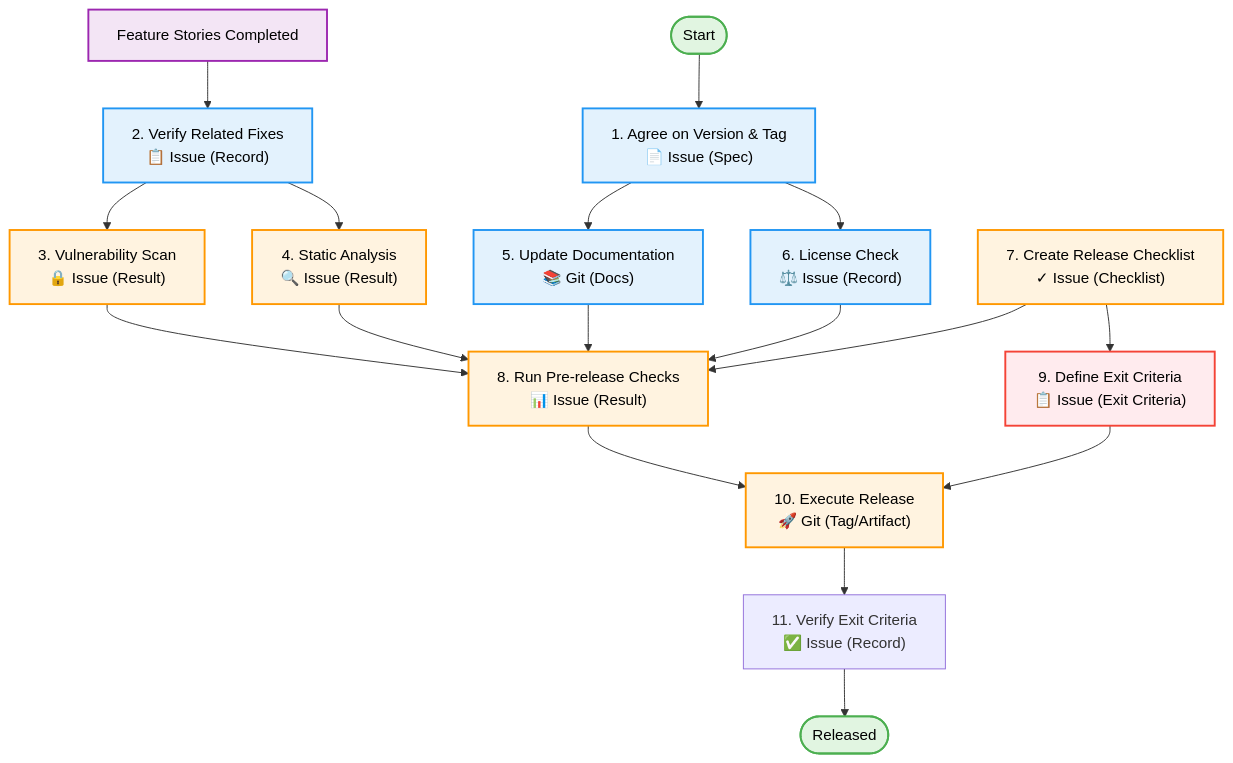
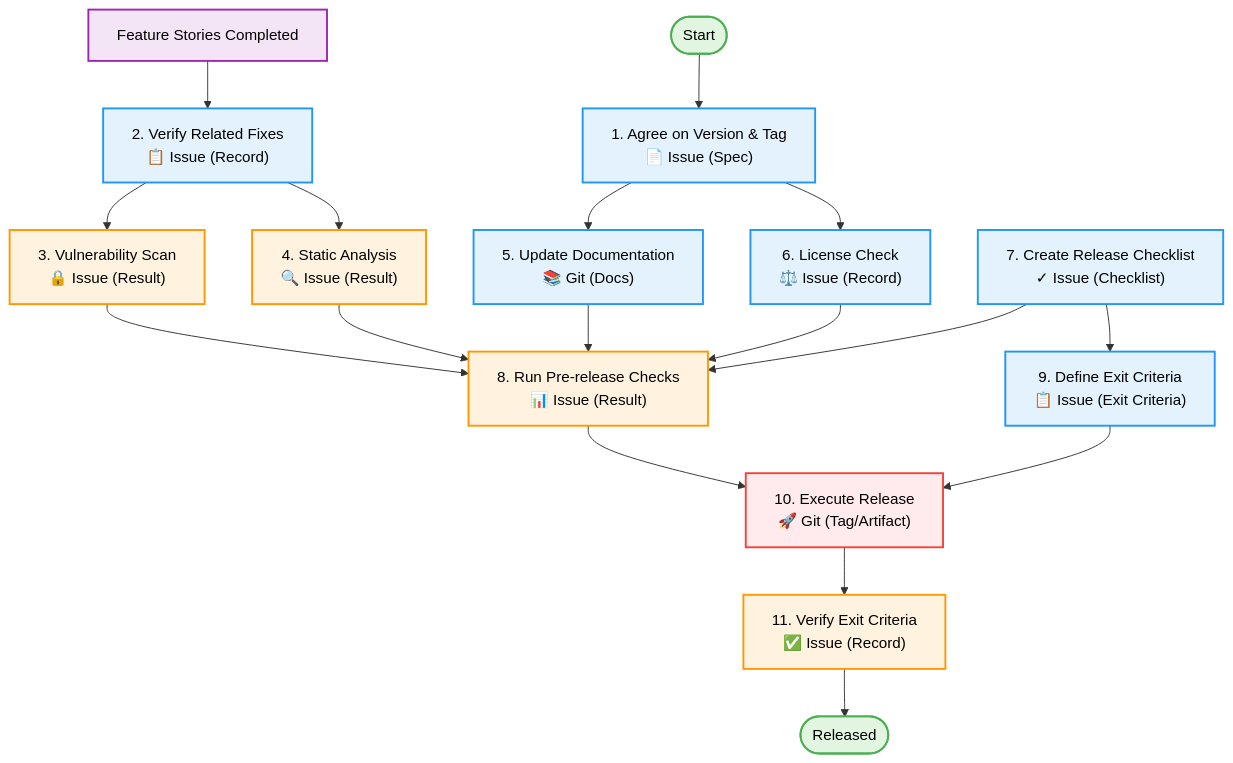
Before and after one commit to LongbowXXX/terraformer: the fourth of 4 diagrams in knowledge/workflows/workflow.md, drawn with Mermaid.

Commit message:
fix: Update workflow diagram classes for accuracy in task and check representations

````diff
--- a/knowledge/workflows/workflow.md
+++ b/knowledge/workflows/workflow.md
@@ -174,33 +174,33 @@
 ```mermaid
 graph TD
     Start([Start]) --> T1
     Features[Feature Stories Completed] --> T2
 
     T1["1. Agree on Version & Tag<br/>📄 Issue (Spec)"] --> T5
     T1 --> T6
     T2["2. Verify Related Fixes<br/>📋 Issue (Record)"] --> T3
     T2 --> T4
     T3["3. Vulnerability Scan<br/>🔒 Issue (Result)"] --> T8
     T4["4. Static Analysis<br/>🔍 Issue (Result)"] --> T8
     T5["5. Update Documentation<br/>📚 Git (Docs)"] --> T8
     T6["6. License Check<br/>⚖️ Issue (Record)"] --> T8
     T7["7. Create Release Checklist<br/>✓ Issue (Checklist)"] --> T8
     T7 --> T9
     T8["8. Run Pre-release Checks<br/>📊 Issue (Result)"] --> T10
     T9["9. Define Exit Criteria<br/>📋 Issue (Exit Criteria)"] --> T10
     T10["10. Execute Release<br/>🚀 Git (Tag/Artifact)"] --> T11
     T11["11. Verify Exit Criteria<br/>✅ Issue (Record)"] --> End
     End([Released])
 
     classDef startEnd fill:#e1f5e1,stroke:#4caf50,stroke-width:2px,color:#000
     classDef prereq fill:#f3e5f5,stroke:#9c27b0,stroke-width:2px,color:#000
     classDef task fill:#e3f2fd,stroke:#2196f3,stroke-width:2px,color:#000
     classDef check fill:#fff3e0,stroke:#ff9800,stroke-width:2px,color:#000
     classDef release fill:#ffebee,stroke:#f44336,stroke-width:2px,color:#000
 
     class Start,End startEnd
     class Features prereq
-    class T1,T2,T5,T6 task
-    class T3,T4,T7,T8,T10 check
-    class T9 release
+    class T1,T2,T5,T6,T7,T9 task
+    class T3,T4,T8,T11 check
+    class T10 release
 ```
````
